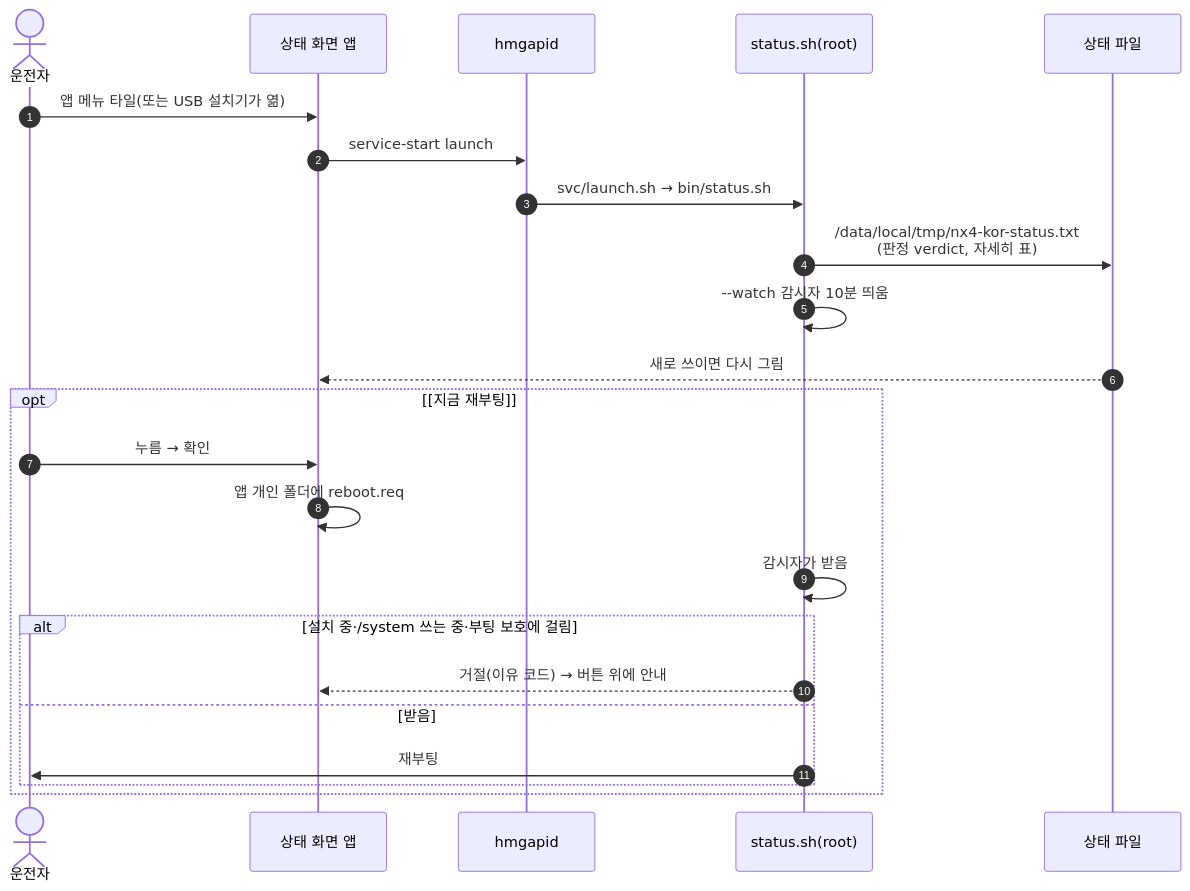
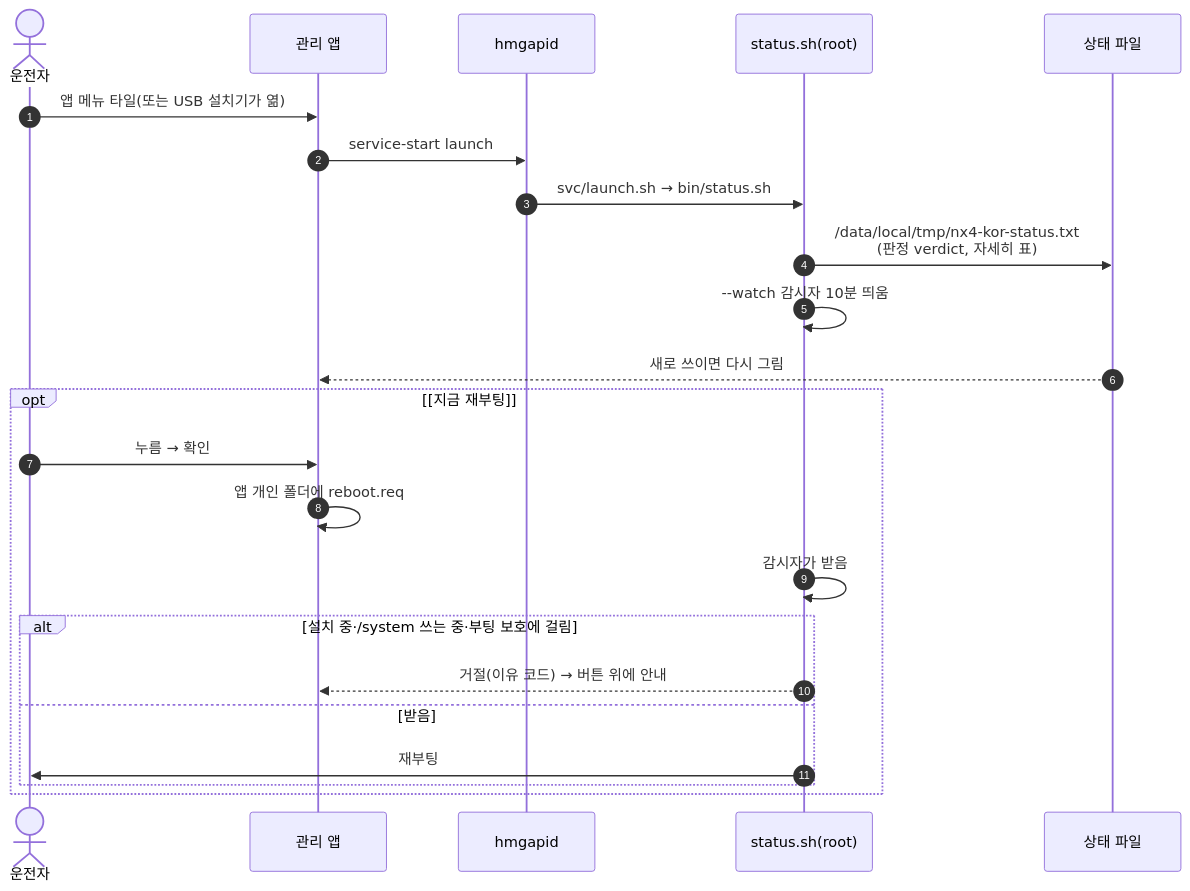
One commit to jay-park-lab/hmgapi-nx4-kor changed the fifth of 7 diagrams in docs/flow.md. Above: the diagram before and after it, drawn with Mermaid. The commit also changed other lines of this file and 30 other files, not shown here.

````diff
--- a/docs/flow.md
+++ b/docs/flow.md
@@ -151,26 +151,26 @@
 ```mermaid
 sequenceDiagram
   autonumber
   actor U as 운전자
-  participant App as 상태 화면 앱
+  participant App as 관리 앱
   participant H as hmgapid
   participant S as status.sh(root)
   participant F as 상태 파일
 
   U->>App: 앱 메뉴 타일(또는 USB 설치기가 엶)
   App->>H: service-start launch
   H->>S: svc/launch.sh → bin/status.sh
   S->>F: /data/local/tmp/nx4-kor-status.txt<br/>(판정 verdict, 자세히 표)
   S->>S: --watch 감시자 10분 띄움
   F-->>App: 새로 쓰이면 다시 그림
   opt [지금 재부팅]
     U->>App: 누름 → 확인
     App->>App: 앱 개인 폴더에 reboot.req
     S->>S: 감시자가 받음
     alt 설치 중·/system 쓰는 중·부팅 보호에 걸림
       S-->>App: 거절(이유 코드) → 버튼 위에 안내
     else 받음
       S->>U: 재부팅
     end
   end
 ```
````
